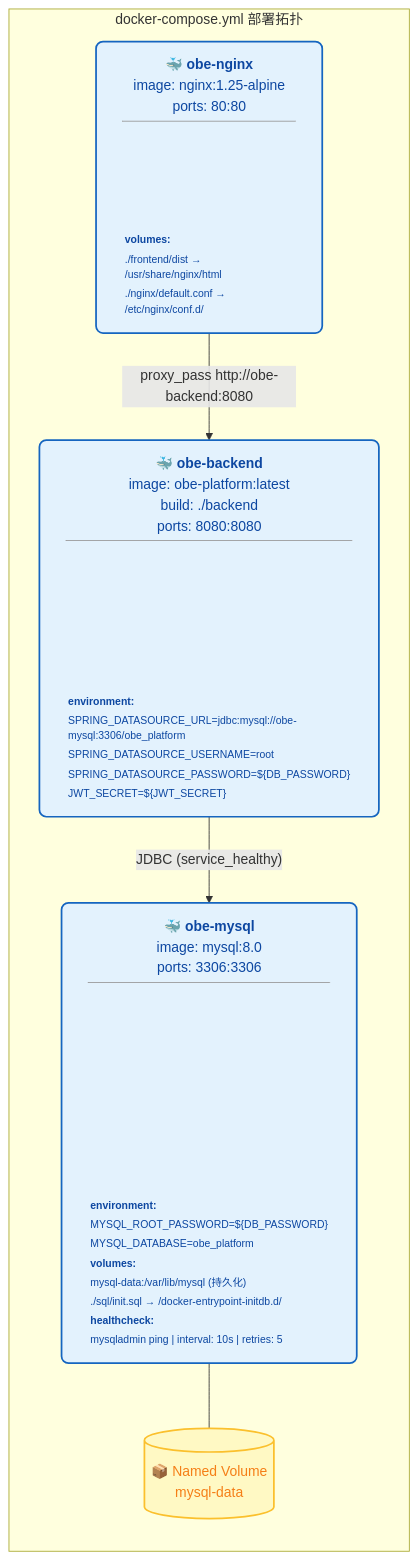
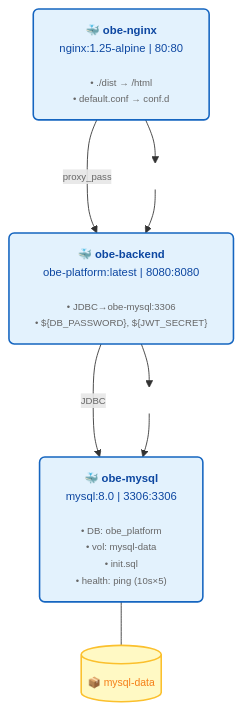
The fifth of 5 diagrams in docs/系统架构设计.md (mouyu654/course_oss), drawn with Mermaid before and after one commit.

Commit message:
更新了Docker Compose 部署图
优化空间布局

````diff
--- a/docs/系统架构设计.md
+++ b/docs/系统架构设计.md
@@ -1205,47 +1205,34 @@
 ```mermaid
 flowchart TD
-    subgraph Compose["docker-compose.yml 部署拓扑"]
-        direction TB
-        
-        Nginx["<b>🐳 obe-nginx</b><br/>image: nginx:1.25-alpine<br/>ports: 80:80<br/><hr size='1' style='margin:4px 0'/>
-        <table style='font-size:12px;text-align:left;width:100%'>
-        <tr><td><b>volumes:</b></td></tr>
-        <tr><td>./frontend/dist → /usr/share/nginx/html</td></tr>
-        <tr><td>./nginx/default.conf → /etc/nginx/conf.d/</td></tr>
-        </table>"]
+    %% ===== 全局紧凑布局设置 =====
+    classDef container fill:#e3f2fd,stroke:#1565c0,stroke-width:1.8px,color:#0d47a1,rx:6,ry:6,font-size:13px
+    classDef volume fill:#fff9c4,stroke:#fbc02d,stroke-width:1.8px,color:#f57f17,shape:cylinder,font-size:12px
+    classDef label fill:none,stroke:none,font-size:11px,color:#666
 
-        Backend["<b>🐳 obe-backend</b><br/>image: obe-platform:latest<br/>build: ./backend<br/>ports: 8080:8080<br/><hr size='1' style='margin:4px 0'/>
-        <table style='font-size:12px;text-align:left;width:100%'>
-        <tr><td><b>environment:</b></td></tr>
-        <tr><td>SPRING_DATASOURCE_URL=jdbc:mysql://obe-mysql:3306/obe_platform</td></tr>
-        <tr><td>SPRING_DATASOURCE_USERNAME=root</td></tr>
-        <tr><td>SPRING_DATASOURCE_PASSWORD=${DB_PASSWORD}</td></tr>
-        <tr><td>JWT_SECRET=${JWT_SECRET}</td></tr>
-        </table>"]
+    %% ===== 节点定义（精简内容 + 紧凑排版）=====
+    Nginx["<b>🐳 obe-nginx</b><br/>nginx:1.25-alpine | 80:80<br/>
+    <span style='font-size:11px'>• ./dist → /html<br/>• default.conf → conf.d</span>"]:::container
 
-        MySQL["<b>🐳 obe-mysql</b><br/>image: mysql:8.0<br/>ports: 3306:3306<br/><hr size='1' style='margin:4px 0'/>
-        <table style='font-size:12px;text-align:left;width:100%'>
-        <tr><td><b>environment:</b></td></tr>
-        <tr><td>MYSQL_ROOT_PASSWORD=${DB_PASSWORD}</td></tr>
-        <tr><td>MYSQL_DATABASE=obe_platform</td></tr>
-        <tr><td><b>volumes:</b></td></tr>
-        <tr><td>mysql-data:/var/lib/mysql (持久化)</td></tr>
-        <tr><td>./sql/init.sql → /docker-entrypoint-initdb.d/</td></tr>
-        <tr><td><b>healthcheck:</b></td></tr>
-        <tr><td>mysqladmin ping | interval: 10s | retries: 5</td></tr>
-        </table>"]
+    Backend["<b>🐳 obe-backend</b><br/>obe-platform:latest | 8080:8080<br/>
+    <span style='font-size:11px'>• JDBC→obe-mysql:3306<br/>• ${DB_PASSWORD}, ${JWT_SECRET}</span>"]:::container
 
-        Volume[("📦 Named Volume<br/>mysql-data")]
-    end
+    MySQL["<b>🐳 obe-mysql</b><br/>mysql:8.0 | 3306:3306<br/>
+    <span style='font-size:11px'>• DB: obe_platform<br/>• vol: mysql-data<br/>• init.sql<br/>• health: ping (10s×5)</span>"]:::container
 
-    %% 依赖与网络连接
-    Nginx -->|"proxy_pass http://obe-backend:8080"| Backend
-    Backend -->|"JDBC (service_healthy)"| MySQL
+    Volume[("📦 mysql-data")]:::volume
+
+    %% ===== 连线（缩短箭头长度 + 隐藏冗余标签）=====
+    Nginx -->|proxy_pass| Backend
+    Backend -->|JDBC| MySQL
     MySQL --- Volume
 
-    %% 样式定义
-    classDef container fill:#e3f2fd,stroke:#1565c0,stroke-width:2px,color:#0d47a1,rx:8,ry:8
-    classDef volume fill:#fff9c4,stroke:#fbc02d,stroke-width:2px,color:#f57f17,shape:cylinder
-    class Nginx,Backend,MySQL container
-    class Volume volume
+    %% ===== 强制紧凑：插入空节点压缩间距（关键！）=====
+    spacer1( ):::label
+    spacer2( ):::label
+
+    Nginx --> spacer1 --> Backend
+    Backend --> spacer2 --> MySQL
+
+    %% 隐藏 spacer 节点（仅用于布局压缩）
+    class spacer1,spacer2 label
 ```
````
